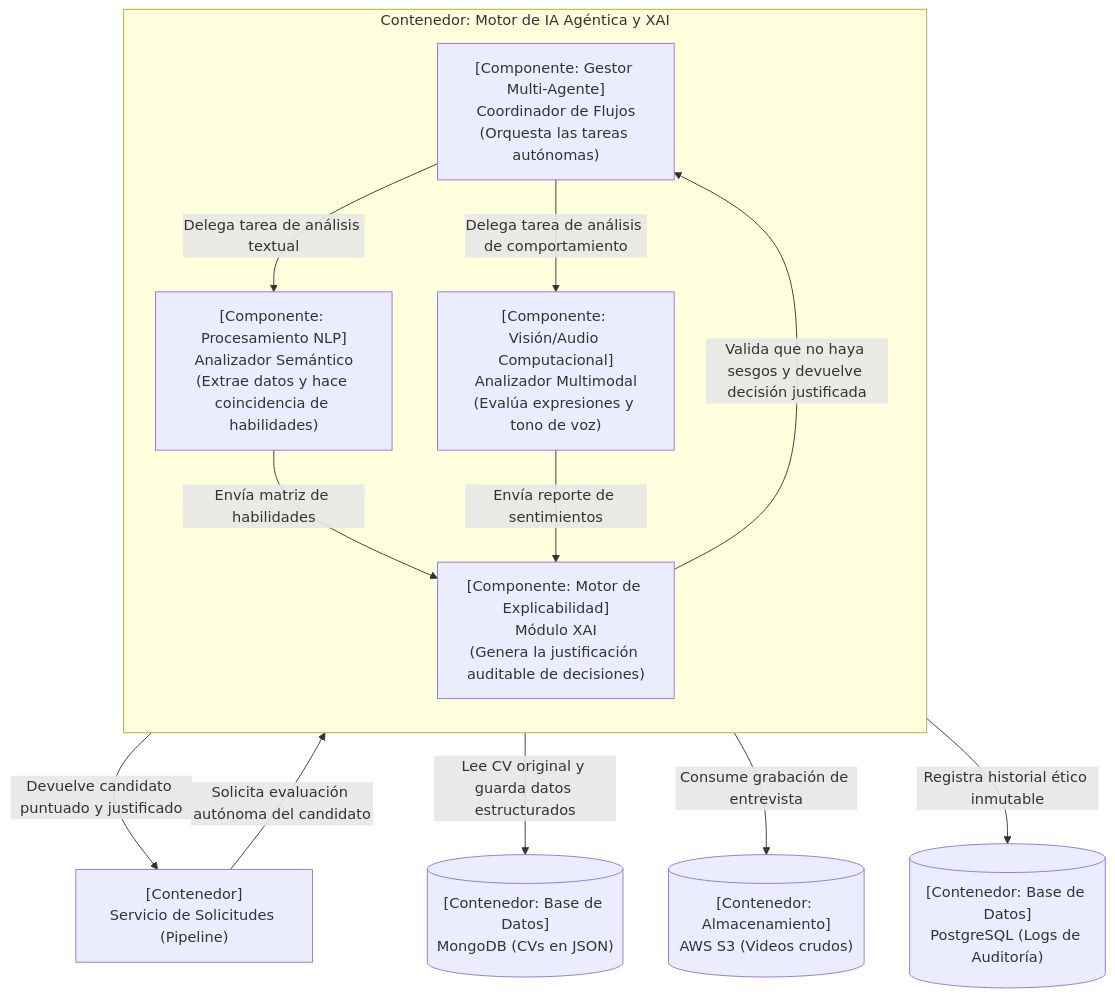
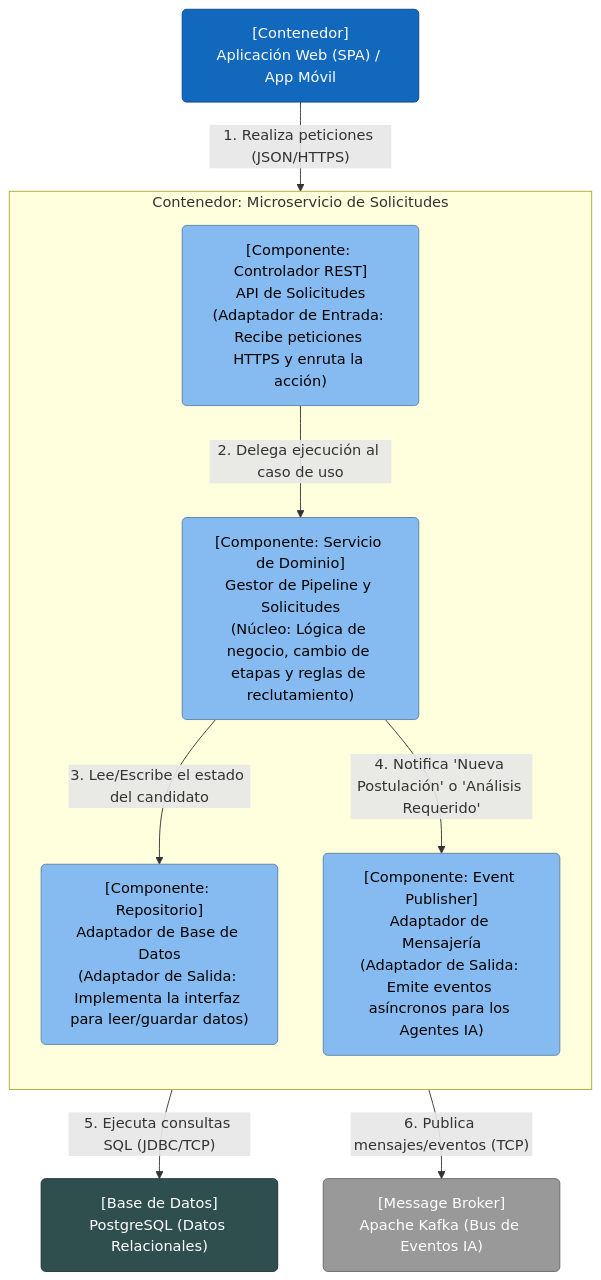
One commit to lacruzjd/AI4Devs-design-1-202603 changed the sixth of 6 diagrams in LTI-JDLM/LTI-JDLM.md. Above: the diagram before and after it, drawn with Mermaid. The commit also changed other lines of this file and 1 other file, not shown here.

````diff
--- a/LTI-JDLM/LTI-JDLM.md
+++ b/LTI-JDLM/LTI-JDLM.md
@@ -362,35 +404,37 @@
 ```mermaid
-graph TD
-    %% Contenedores externos interactuando con este contenedor
-    GestorCandidaturas["[Contenedor]<br/>Servicio de Solicitudes (Pipeline)"]
-    DBNoSQL[("[Contenedor: Base de Datos]<br/>MongoDB (CVs en JSON)")]
-    DBRelacional[("[Contenedor: Base de Datos]<br/>PostgreSQL (Logs de Auditoría)")]
-    S3Cloud[("[Contenedor: Almacenamiento]<br/>AWS S3 (Videos crudos)")]
+flowchart TB
+    %% Definición de estilos C4
+    classDef container fill:#1168bd,stroke:#0b4884,color:#ffffff,rx:5px,ry:5px
+    classDef component fill:#85bbf0,stroke:#5d82a8,color:#000000,rx:5px,ry:5px
+    classDef external fill:#999999,stroke:#666666,color:#ffffff,rx:5px,ry:5px
+    classDef database fill:#2f4f4f,stroke:#1d3030,color:#ffffff,rx:5px,ry:5px
 
-    %% Límite del Contenedor analizado (Nivel 3 de C4)
-    subgraph Contenedor_Motor_IA ["Contenedor: Motor de IA Agéntica y XAI"]
+    %% Elementos Externos al Contenedor
+    AppWeb["[Contenedor]<br/>Aplicación Web (SPA) / App Móvil"]:::container
+    DB["[Base de Datos]<br/>PostgreSQL (Datos Relacionales)"]:::database
+    Kafka["[Message Broker]<br/>Apache Kafka (Bus de Eventos IA)"]:::external
+
+    %% Límite del Contenedor
+    subgraph Contenedor_Solicitudes [Contenedor: Microservicio de Solicitudes]
         direction TB
         
-        AgenteWorkflow["[Componente: Gestor Multi-Agente]<br/>Coordinador de Flujos<br/>(Orquesta las tareas autónomas)"]
-        AgenteParsing["[Componente: Procesamiento NLP]<br/>Analizador Semántico<br/>(Extrae datos y hace coincidencia de habilidades)"]
-        AgenteVideo["[Componente: Visión/Audio Computacional]<br/>Analizador Multimodal<br/>(Evalúa expresiones y tono de voz)"]
-        MotorXAI["[Componente: Motor de Explicabilidad]<br/>Módulo XAI<br/>(Genera la justificación auditable de decisiones)"]
+        ControladorREST["[Componente: Controlador REST]<br/>API de Solicitudes<br/>(Adaptador de Entrada: Recibe peticiones HTTPS y enruta la acción)"]:::component
+        
+        CasoDeUso["[Componente: Servicio de Dominio]<br/>Gestor de Pipeline y Solicitudes<br/>(Núcleo: Lógica de negocio, cambio de etapas y reglas de reclutamiento)"]:::component
+        
+        Repositorio["[Componente: Repositorio]<br/>Adaptador de Base de Datos<br/>(Adaptador de Salida: Implementa la interfaz para leer/guardar datos)"]:::component
+        
+        Publicador["[Componente: Event Publisher]<br/>Adaptador de Mensajería<br/>(Adaptador de Salida: Emite eventos asíncronos para los Agentes IA)"]:::component
     end
 
-    %% Interacciones desde/hacia el exterior
-    GestorCandidaturas -->|Solicita evaluación autónoma del candidato| AgenteWorkflow
-    AgenteWorkflow -->|Devuelve candidato puntuado y justificado| GestorCandidaturas
+    %% Relaciones Lado Primario (Entrada)
+    AppWeb -- "1. Realiza peticiones (JSON/HTTPS)" --> ControladorREST
+    ControladorREST -- "2. Delega ejecución al caso de uso" --> CasoDeUso
     
-    AgenteParsing -->|Lee CV original y guarda datos estructurados| DBNoSQL
-    AgenteVideo -->|Consume grabación de entrevista| S3Cloud
-    MotorXAI -->|Registra historial ético inmutable| DBRelacional
-
-    %% Interacciones internas entre componentes del Motor de IA
-    AgenteWorkflow -->|Delega tarea de análisis textual| AgenteParsing
-    AgenteWorkflow -->|Delega tarea de análisis de comportamiento| AgenteVideo
+    %% Relaciones Lado Secundario (Salida)
+    CasoDeUso -- "3. Lee/Escribe el estado del candidato" --> Repositorio
+    CasoDeUso -- "4. Notifica 'Nueva Postulación' o 'Análisis Requerido'" --> Publicador
     
-    AgenteParsing -->|Envía matriz de habilidades| MotorXAI
-    AgenteVideo -->|Envía reporte de sentimientos| MotorXAI
-    
-    MotorXAI -->|Valida que no haya sesgos y devuelve decisión justificada| AgenteWorkflow
+    Repositorio -- "5. Ejecuta consultas SQL (JDBC/TCP)" --> DB
+    Publicador -- "6. Publica mensajes/eventos (TCP)" --> Kafka
 ```
````
